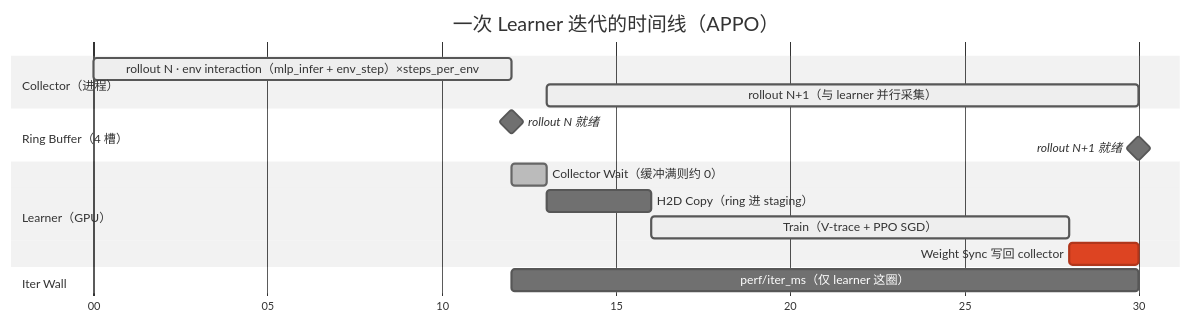
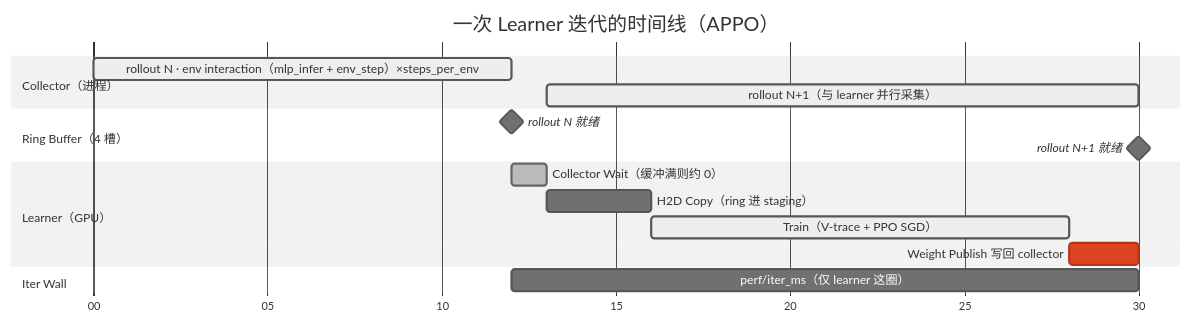
One commit to Motphys/UniLab changed the diagram in docs/sphinx/source/zh_CN/2-user_guide/1-training/3-logging.md. Above: the diagram before and after it, drawn with Mermaid (neutral theme). The commit also changed other lines of this file and 12 other files, not shown here.

````diff
--- a/docs/sphinx/source/zh_CN/2-user_guide/1-training/3-logging.md
+++ b/docs/sphinx/source/zh_CN/2-user_guide/1-training/3-logging.md
@@ -121,23 +133,23 @@
 ```{mermaid}
 gantt
     title 一次 Learner 迭代的时间线（APPO）
     dateFormat x
     axisFormat %S
 
     section Collector（进程）
     rollout N · env interaction（mlp_infer + env_step）×steps_per_env :active, c0, 0, 12000
     rollout N+1（与 learner 并行采集）                                :active, c1, 13000, 30000
 
     section Ring Buffer（4 槽）
     rollout N 就绪    :milestone, r0, 12000, 12000
     rollout N+1 就绪  :milestone, r1, 30000, 30000
 
     section Learner（GPU）
     Collector Wait（缓冲满则约 0）    :done,   l0, 12000, 13000
     H2D Copy（ring 进 staging）       :        l1, 13000, 16000
     Train（V-trace + PPO SGD）        :active, l2, 16000, 28000
-    Weight Sync 写回 collector        :crit,   l3, 28000, 30000
+    Weight Publish 写回 collector     :crit,   l3, 28000, 30000
 
     section Iter Wall
     perf/iter_ms（仅 learner 这圈）   :        l4, 12000, 30000
 ```
````
